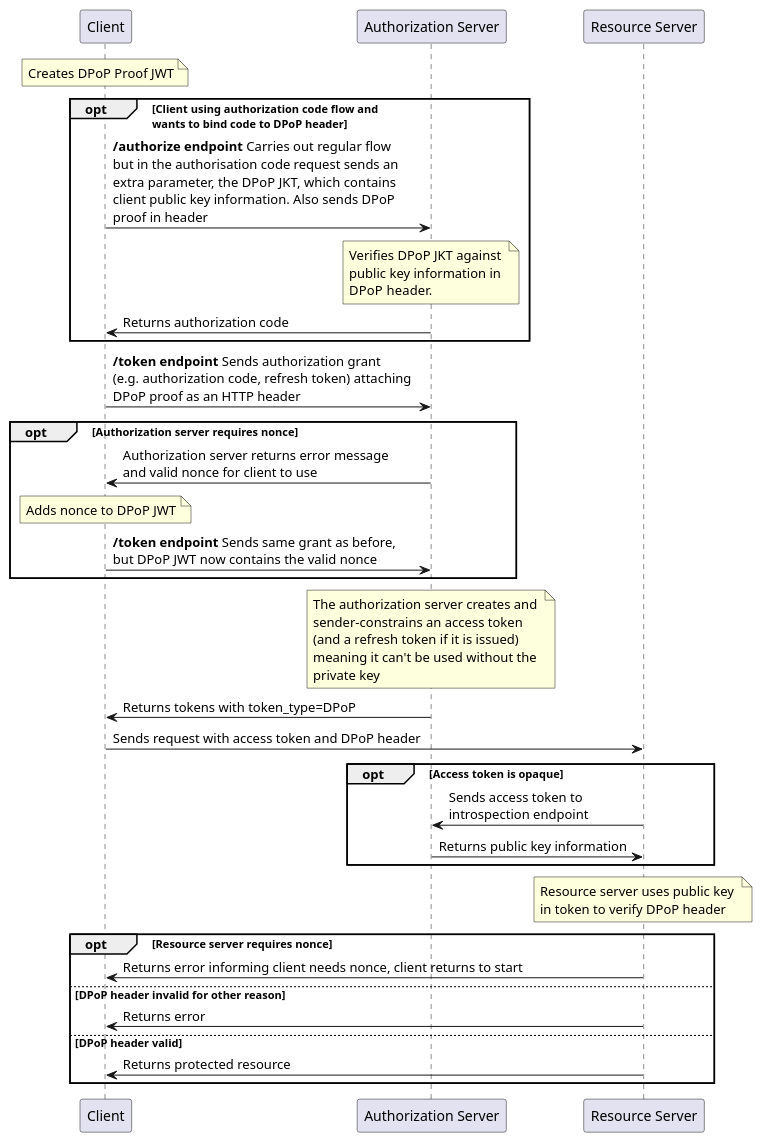
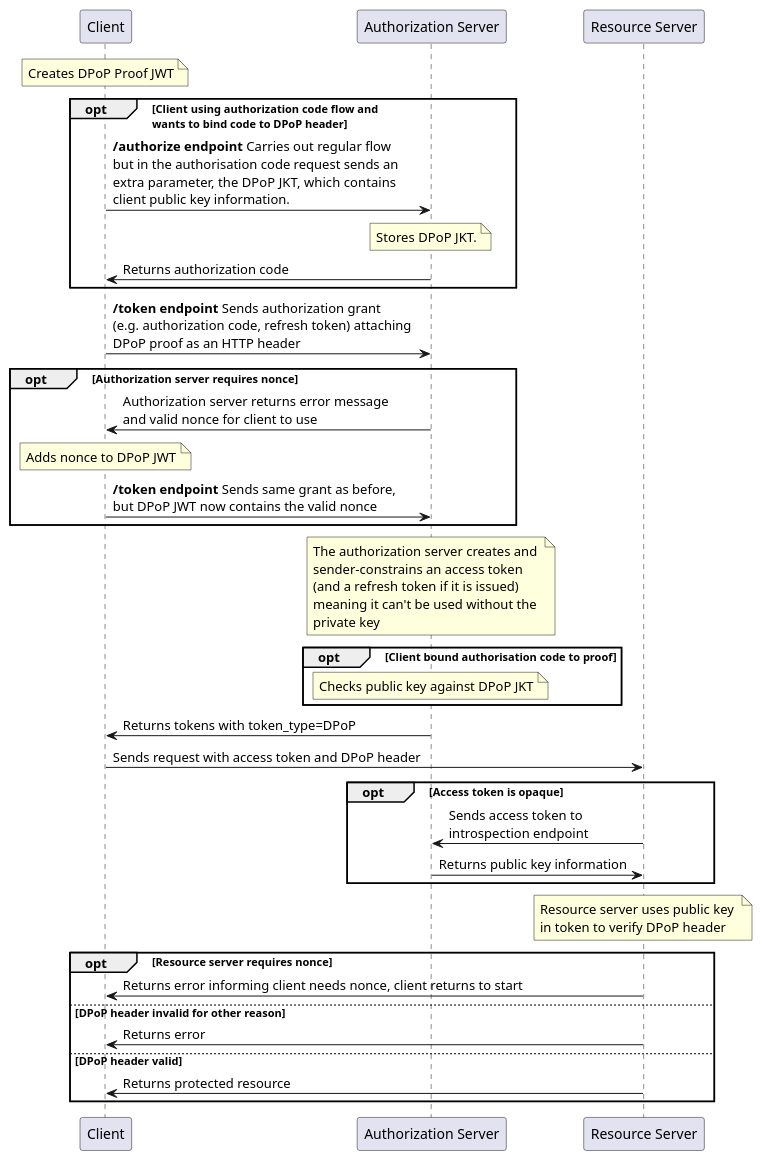
The diagram in OAuth2/DPoP/dpop-overview.puml (JamesCollerton/PlantUML-Diagrams), drawn with PlantUML before and after one commit. The commit also changed 1 other file, not shown here.

```diff
--- a/OAuth2/DPoP/dpop-overview.puml
+++ b/OAuth2/DPoP/dpop-overview.puml
@@ -1,38 +1,43 @@
 @startuml
 
 participant "Client" as client
 participant "Authorization Server" as authorization_server
 participant "Resource Server" as resource_server
 
 note over client: Creates DPoP Proof JWT
 
 opt Client using authorization code flow and \nwants to bind code to DPoP header
-    client -> authorization_server: **/authorize endpoint** Carries out regular flow \nbut in the authorisation code request sends an \nextra parameter, the DPoP JKT, which contains \nclient public key information. Also sends DPoP \nproof in header
-    note over authorization_server: Verifies DPoP JKT against \npublic key information in \nDPoP header.
+    client -> authorization_server: **/authorize endpoint** Carries out regular flow \nbut in the authorisation code request sends an \nextra parameter, the DPoP JKT, which contains \nclient public key information.
+    note over authorization_server: Stores DPoP JKT.
     authorization_server -> client: Returns authorization code
 end
 client -> authorization_server: **/token endpoint** Sends authorization grant \n(e.g. authorization code, refresh token) attaching \nDPoP proof as an HTTP header
 opt Authorization server requires nonce
     authorization_server -> client: Authorization server returns error message \nand valid nonce for client to use
     note over client: Adds nonce to DPoP JWT
     client -> authorization_server: **/token endpoint** Sends same grant as before, \nbut DPoP JWT now contains the valid nonce
 end
 note over authorization_server: The authorization server creates and \nsender-constrains an access token \n(and a refresh token if it is issued) \nmeaning it can't be used without the \nprivate key
+
+opt Client bound authorisation code to proof
+    note over authorization_server: Checks public key against DPoP JKT
+end
+
 authorization_server -> client: Returns tokens with token_type=DPoP
 client -> resource_server: Sends request with access token and DPoP header
 opt Access token is opaque
     resource_server -> authorization_server: Sends access token to \nintrospection endpoint
     authorization_server -> resource_server: Returns public key information
 end
 
 note over resource_server: Resource server uses public key \nin token to verify DPoP header
 
 opt Resource server requires nonce
     resource_server -> client: Returns error informing client needs nonce, client returns to start
 else DPoP header invalid for other reason
     resource_server -> client: Returns error 
 else DPoP header valid
     resource_server -> client: Returns protected resource
 end
 
 @enduml
```
